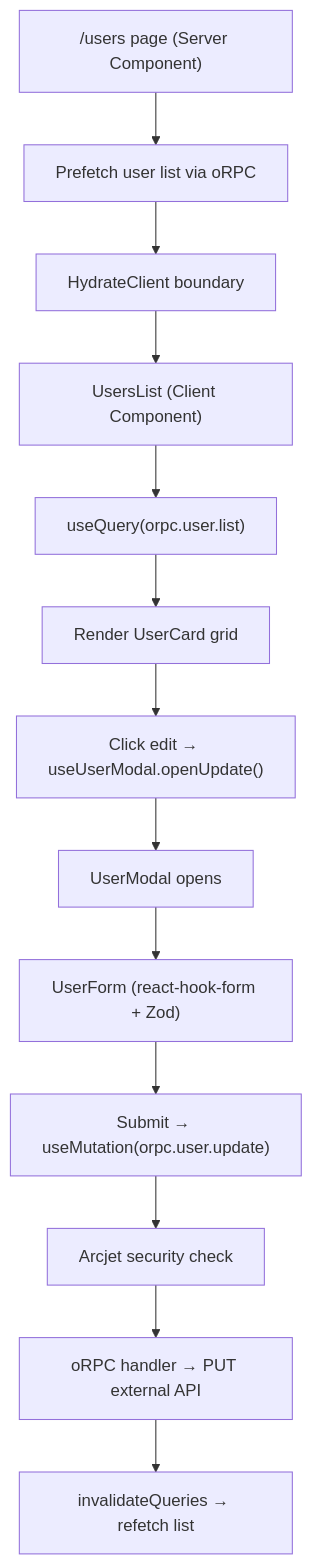
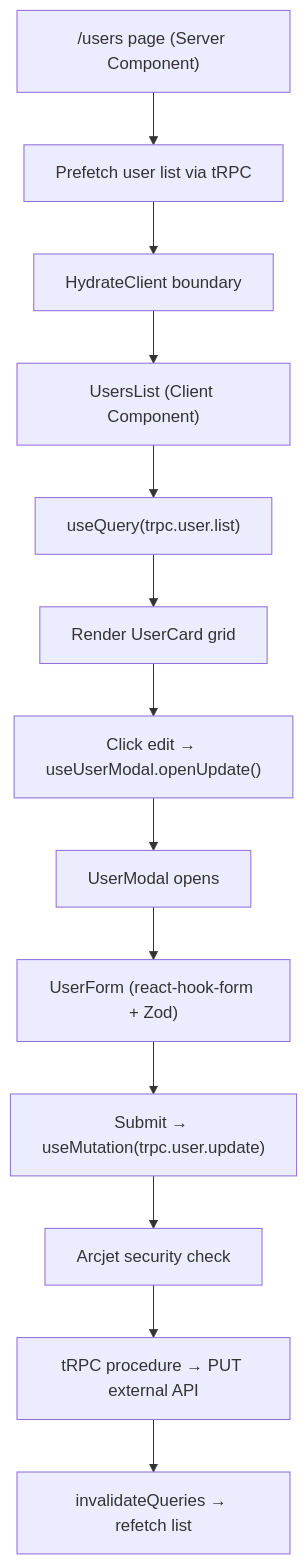
Before and after one commit to flyingheart1997/antaris-demo: the diagram in docs/features/user-management.md, drawn with Mermaid. The commit also changed other lines of this file and 57 other files, not shown here.

Commit message:
improve project architecture

````diff
--- a/docs/features/user-management.md
+++ b/docs/features/user-management.md
@@ -10,15 +10,15 @@
 ```mermaid
 graph TD
-    A["/users page (Server Component)"] --> B["Prefetch user list via oRPC"]
+    A["/users page (Server Component)"] --> B["Prefetch user list via tRPC"]
     B --> C["HydrateClient boundary"]
     C --> D["UsersList (Client Component)"]
-    D --> E["useQuery(orpc.user.list)"]
+    D --> E["useQuery(trpc.user.list)"]
     E --> F["Render UserCard grid"]
     F --> G["Click edit → useUserModal.openUpdate()"]
     G --> H["UserModal opens"]
     H --> I["UserForm (react-hook-form + Zod)"]
-    I --> J["Submit → useMutation(orpc.user.update)"]
+    I --> J["Submit → useMutation(trpc.user.update)"]
     J --> K["Arcjet security check"]
-    K --> L["oRPC handler → PUT external API"]
+    K --> L["tRPC procedure → PUT external API"]
     L --> M["invalidateQueries → refetch list"]
 ```
````
